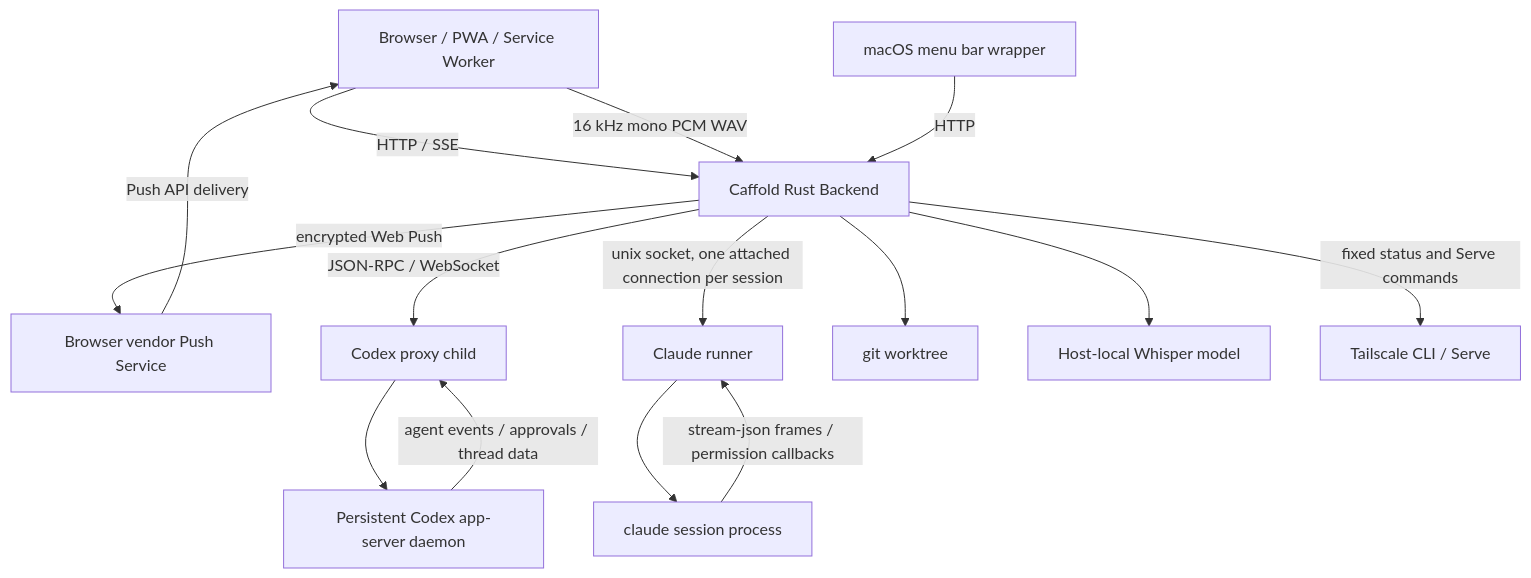
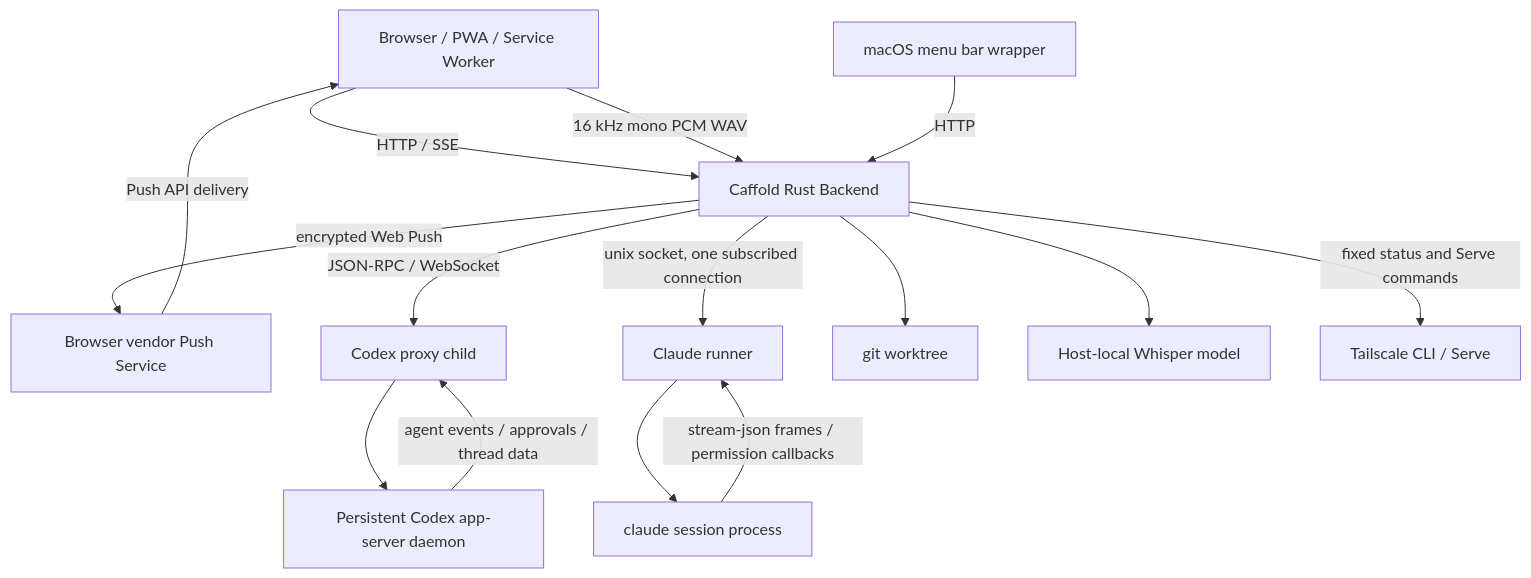
One commit to panarch/caffold changed the diagram in docs/architecture/overview.md. Above: the diagram before and after it, drawn with Mermaid. The commit also changed other lines of this file and 8 other files, not shown here.

````diff
--- a/docs/architecture/overview.md
+++ b/docs/architecture/overview.md
@@ -10,29 +10,29 @@
 ```mermaid
 flowchart TD
     PWA["Browser / PWA / Service Worker"]
     MacWrapper["macOS menu bar wrapper"]
     Backend["Caffold Rust Backend"]
     PushService["Browser vendor Push Service"]
     Proxy["Codex proxy child"]
     AppServer["Persistent Codex app-server daemon"]
     Runner["Claude runner"]
     ClaudeSession["claude session process"]
     Git["git worktree"]
     Whisper["Host-local Whisper model"]
     Tailscale["Tailscale CLI / Serve"]
 
     PWA -->|"HTTP / SSE"| Backend
     PWA -->|"16 kHz mono PCM WAV"| Backend
     MacWrapper -->|"HTTP"| Backend
     Backend -->|"JSON-RPC / WebSocket"| Proxy
     Proxy --> AppServer
-    Backend -->|"unix socket, one attached connection per session"| Runner
+    Backend -->|"unix socket, one subscribed connection"| Runner
     Runner --> ClaudeSession
     Backend --> Git
     Backend --> Whisper
     Backend -->|"fixed status and Serve commands"| Tailscale
     Backend -->|"encrypted Web Push"| PushService
     PushService -->|"Push API delivery"| PWA
     AppServer -->|"agent events / approvals / thread data"| Proxy
     ClaudeSession -->|"stream-json frames / permission callbacks"| Runner
 ```
````
